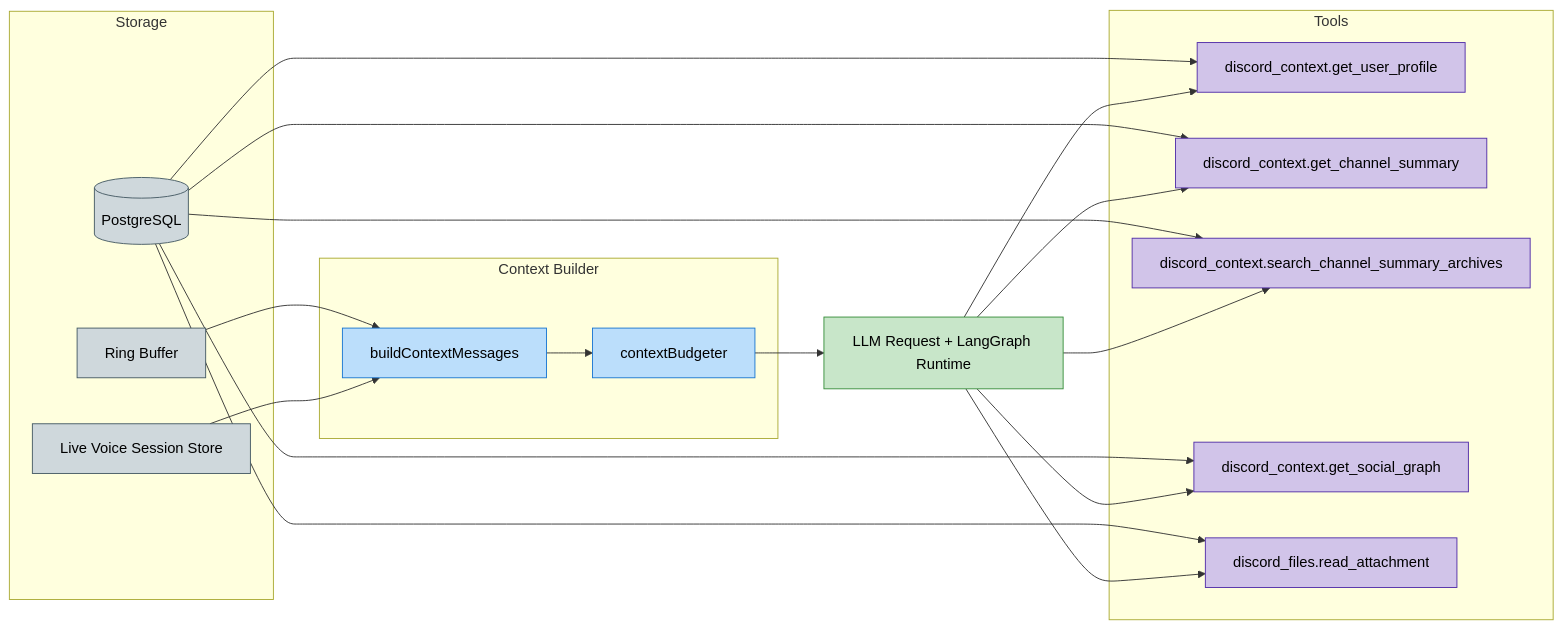
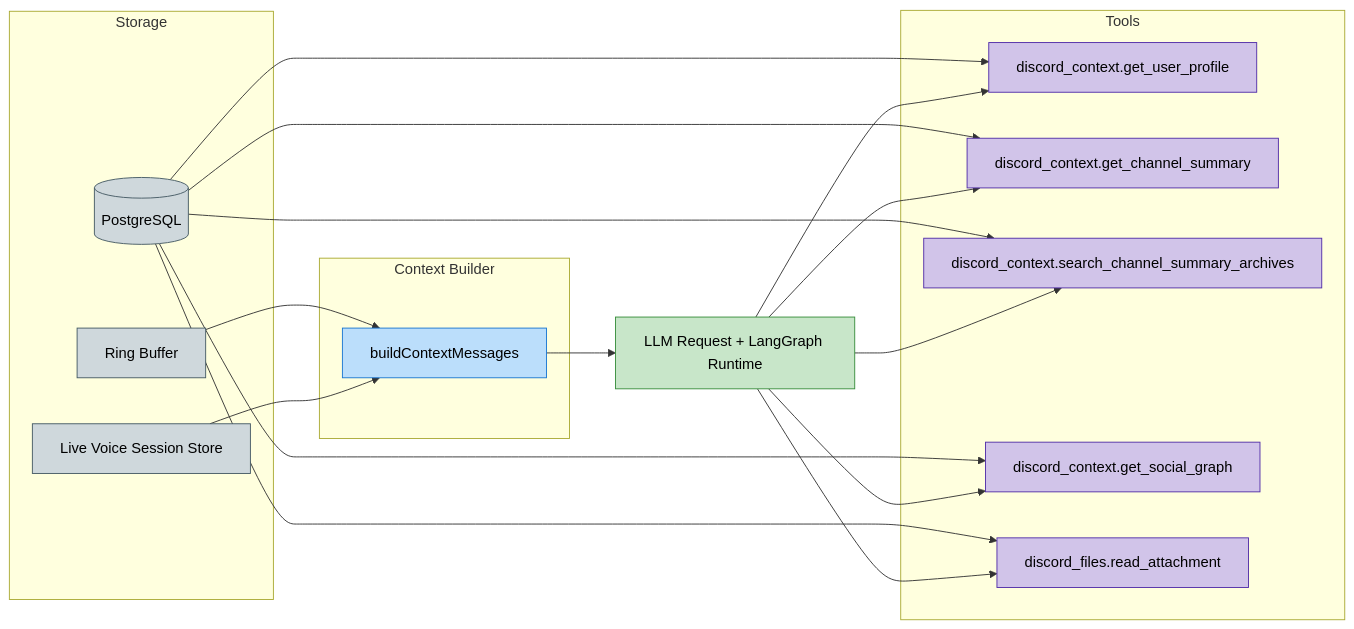
One commit to BokX1/Sage changed the diagram in docs/architecture/MEMORY.md. Above: the diagram before and after it, drawn with Mermaid. The commit also changed other lines of this file and 67 other files, not shown here.

````diff
--- a/docs/architecture/MEMORY.md
+++ b/docs/architecture/MEMORY.md
@@ -75,40 +74,39 @@
 ```mermaid
 flowchart LR
     classDef storage fill:#cfd8dc,stroke:#455a64,color:black
     classDef tools fill:#d1c4e9,stroke:#512da8,color:black
     classDef builder fill:#bbdefb,stroke:#1976d2,color:black
     classDef llm fill:#c8e6c9,stroke:#388e3c,color:black
 
     subgraph Storage
         DB[(PostgreSQL)]:::storage
         RB[Ring Buffer]:::storage
         VS[Live Voice Session Store]:::storage
     end
 
     subgraph Tools
         U[discord_context.get_user_profile]:::tools
         C[discord_context.get_channel_summary]:::tools
         A[discord_context.search_channel_summary_archives]:::tools
         G[discord_context.get_social_graph]:::tools
         F[discord_files.read_attachment]:::tools
     end
 
     subgraph Builder["Context Builder"]
         MB[buildContextMessages]:::builder
-        Budget[contextBudgeter]:::builder
     end
 
     RB --> MB
     VS --> MB
-    MB --> Budget --> LLM[LLM Request + LangGraph Runtime]:::llm
+    MB --> LLM[LLM Request + LangGraph Runtime]:::llm
     DB --> U
     DB --> C
     DB --> A
     DB --> G
     DB --> F
     LLM --> U
     LLM --> C
     LLM --> A
     LLM --> G
     LLM --> F
 ```
````
